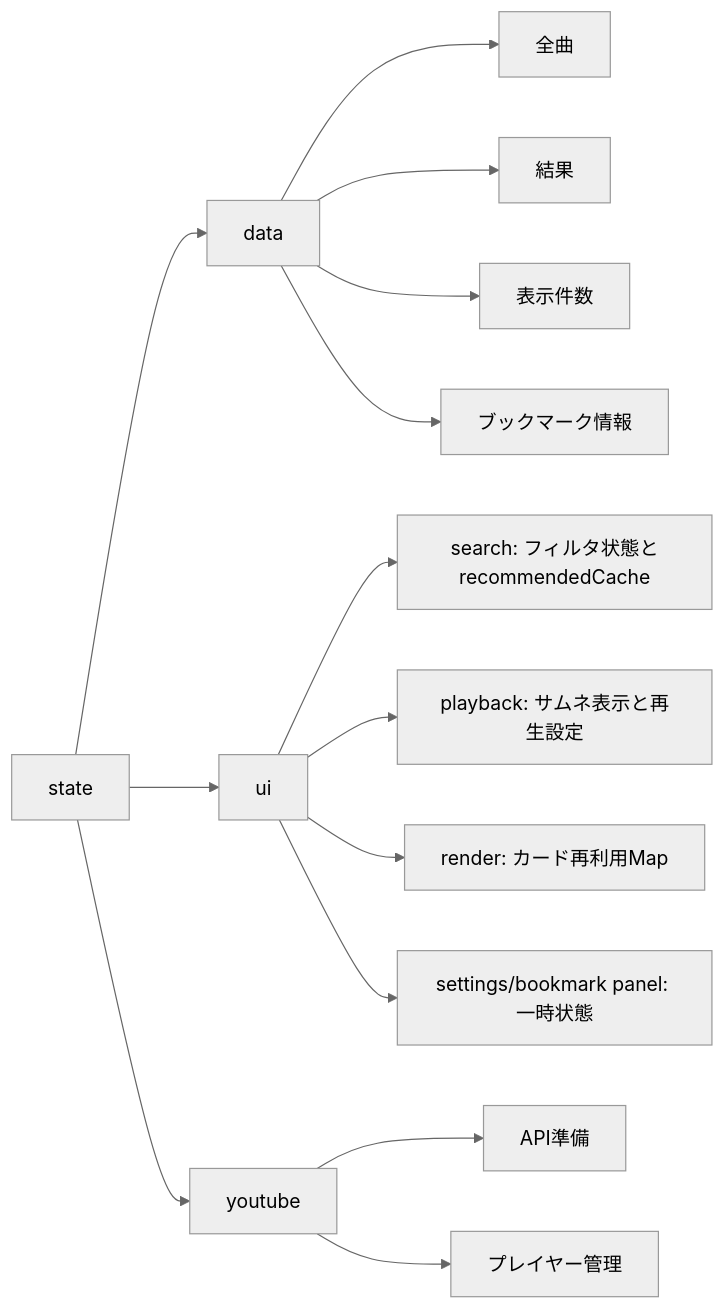
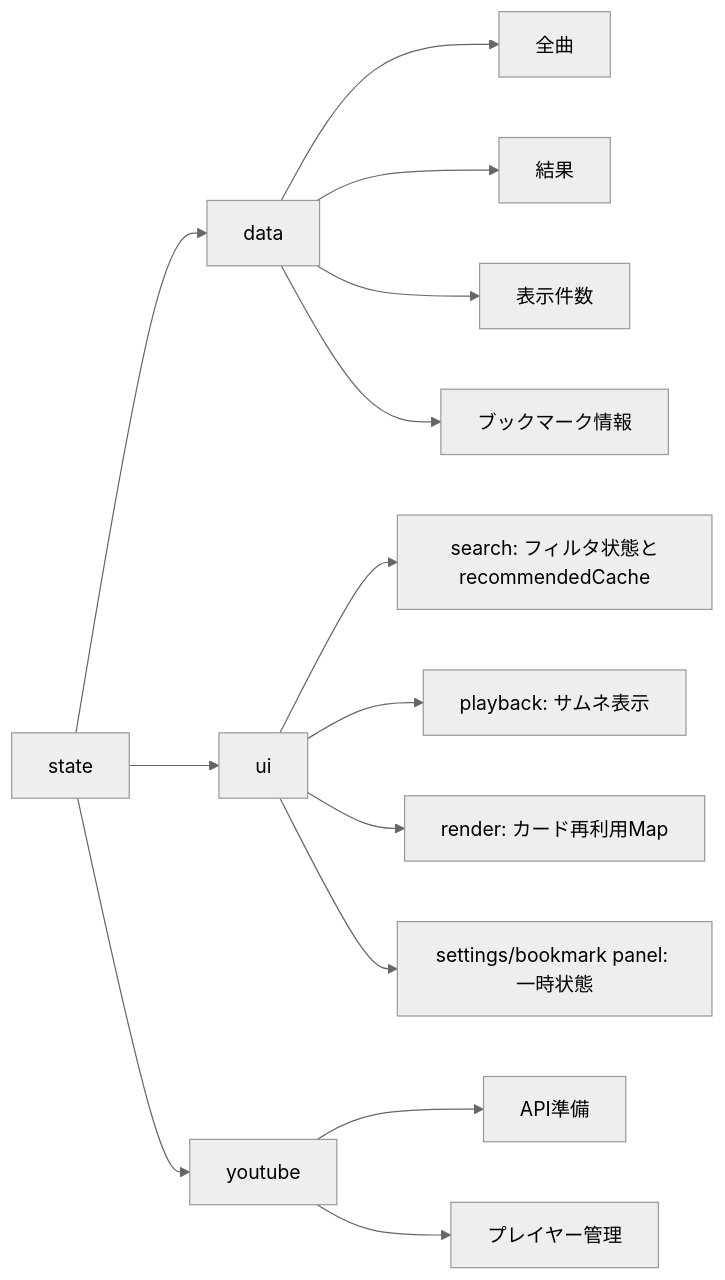
Before and after one commit to an-oa/devel-knksongs: the third of 3 diagrams in DESIGN.md, drawn with Mermaid (neutral theme). The commit also changed other lines of this file and 8 other files, not shown here.

````diff
--- a/DESIGN.md
+++ b/DESIGN.md
@@ -227,17 +221,17 @@
 ```mermaid
 flowchart LR
     state[state]
     state --> data[data]
     state --> ui[ui]
     state --> youtube[youtube]
     data --> d1[全曲]
     data --> d2[結果]
     data --> d3[表示件数]
     data --> d4[ブックマーク情報]
     ui --> u1[search: フィルタ状態とrecommendedCache]
-    ui --> u2[playback: サムネ表示と再生設定]
+    ui --> u2[playback: サムネ表示]
     ui --> u3[render: カード再利用Map]
     ui --> u4[settings/bookmark panel: 一時状態]
     youtube --> y1[API準備]
     youtube --> y2[プレイヤー管理]
 ```
````
